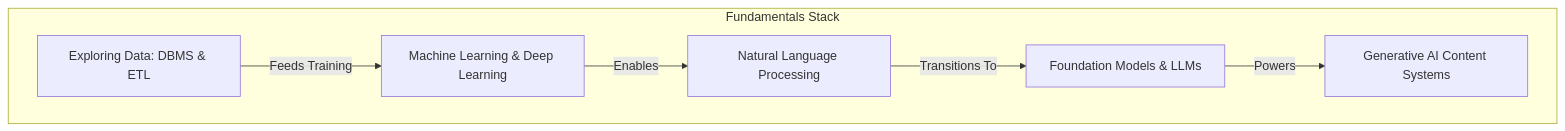
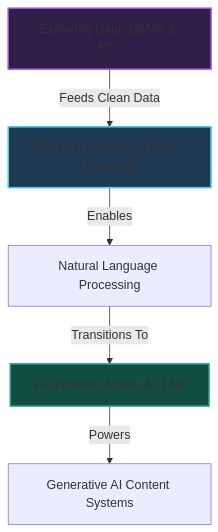
The diagram in docs/01-fundamentals/README.md (bilgenurpala/ai4future), drawn with Mermaid before and after one commit. The commit also changed other lines of this file and 15 other files, not shown here.

````diff
--- a/docs/01-fundamentals/README.md
+++ b/docs/01-fundamentals/README.md
@@ -36,9 +104,11 @@
 ```mermaid
 graph TD
-    subgraph Fundamentals Stack
-        Data[Exploring Data: DBMS & ETL] -->|Feeds Training| ML[Machine Learning & Deep Learning]
-        ML -->|Enables| NLP[Natural Language Processing]
-        NLP -->|Transitions To| FM[Foundation Models & LLMs]
-        FM -->|Powers| GenAI[Generative AI Content Systems]
-    end
+    Data[Exploring Data: DBMS & ETL] -->|Feeds Clean Data| ML[Machine Learning & Deep Learning]
+    ML -->|Enables| NLP[Natural Language Processing]
+    NLP -->|Transitions To| FM[Foundation Models & LLMs]
+    FM -->|Powers| GenAI[Generative AI Content Systems]
+
+    style Data fill:#2e1f47,stroke:#9d4edd,stroke-width:2px;
+    style ML fill:#1f3a52,stroke:#4cc9f0,stroke-width:2px;
+    style FM fill:#124e3f,stroke:#2a9d8f,stroke-width:2px;
 ```
````
